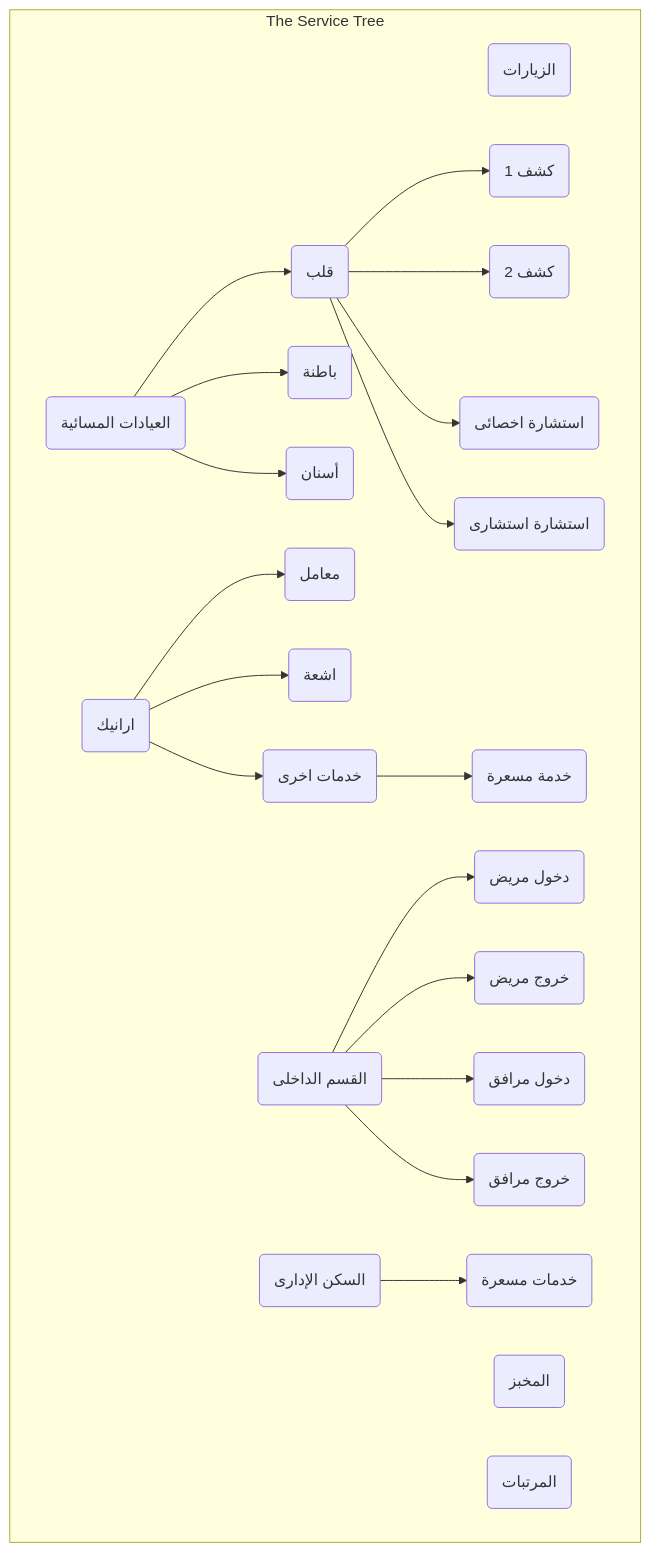
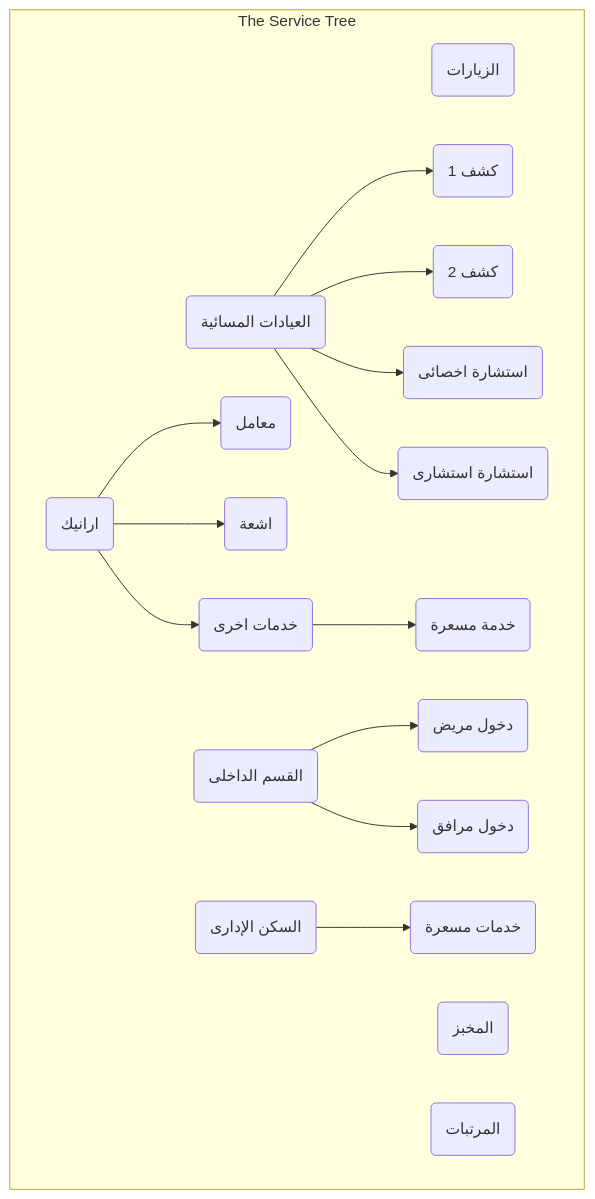
One commit to OmarHossamEldin/medical-complex-services changed the fourth of 4 diagrams in README.md. Above: the diagram before and after it, drawn with Mermaid. The commit also changed other lines of this file, not shown here.

````diff
--- a/README.md
+++ b/README.md
@@ -544,28 +582,23 @@
 ```mermaid
 graph TB
   classDef red fill:#B85450;
   classDef green fill:#82B366;
   subgraph "The Service Tree"
   Visits(الزيارات)
   Bakery(المخبز)
-  NightClinics(العيادات المسائية) --> Spec1(قلب)
-  NightClinics(العيادات المسائية) --> Spec2(باطنة)
-  NightClinics(العيادات المسائية) --> Spec3(أسنان)
-  Spec1 --> Kashf1(كشف 1)
-  Spec1 --> Kashf2(كشف 2)
-  Spec1 --> Consult1(استشارة اخصائى)
-  Spec1 --> Consult2(استشارة استشارى)
+  NightClinics(العيادات المسائية) --> Kashf1(كشف 1)
+  NightClinics(العيادات المسائية) --> Kashf2(كشف 2)
+  NightClinics(العيادات المسائية) --> Consult1(استشارة اخصائى)
+  NightClinics(العيادات المسائية) --> Consult2(استشارة استشارى)
   Medicine(المرتبات)
   Aranek(ارانيك) --> SubService1(معامل)
   Aranek(ارانيك) --> SubService2(اشعة)
   Aranek(ارانيك) --> SubService3(خدمات اخرى)
   SubService3 --> LeafService1(خدمة مسعرة)
   Internal(القسم الداخلى) --> In(دخول مريض)
-  Internal(القسم الداخلى) --> Out(خروج مريض)
   Internal(القسم الداخلى) --> AssociateIn(دخول مرافق)
-  Internal(القسم الداخلى) --> AssociateOut(خروج مرافق)
   Home(السكن الإدارى) --> LeafService2(خدمات مسعرة)
 
 end
 
 ```
````
